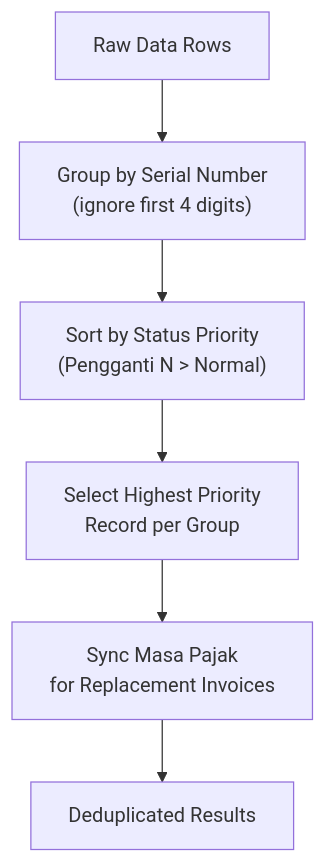
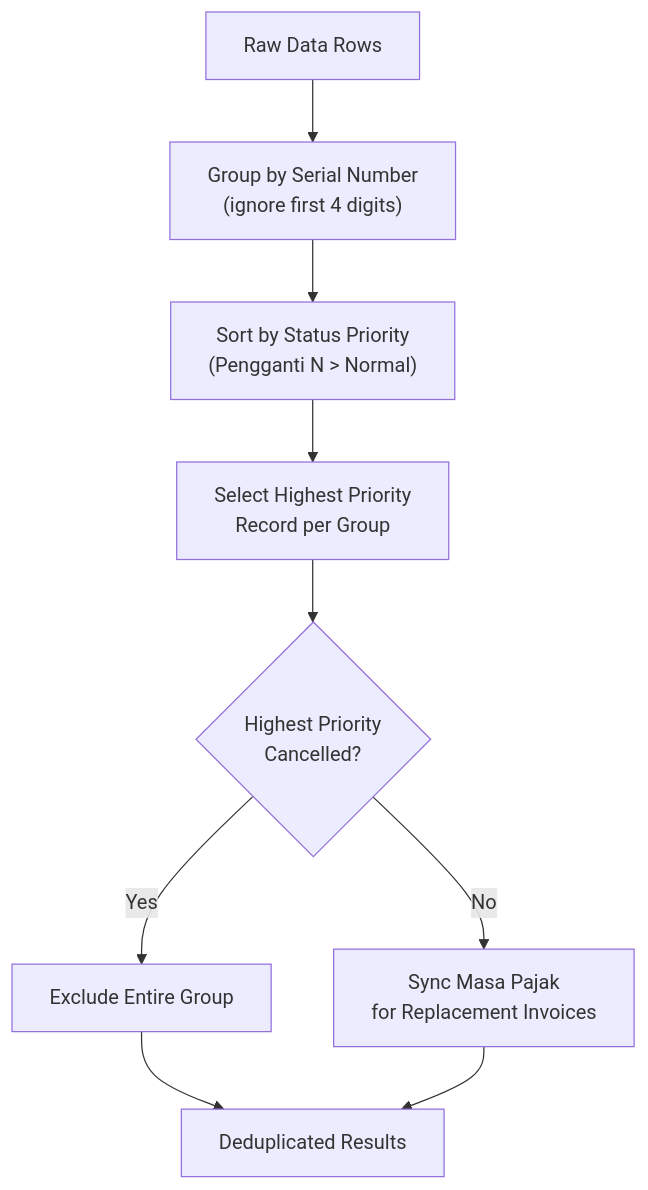
The sixth of 11 diagrams in .qoder/repowiki/en/content/VAT Management System/VAT Output (VAT OUT).md (rendisiagian/TDS_by_RENDISIAGIAN), drawn with Mermaid before and after one commit. The commit also changed other lines of this file and 38 other files, not shown here.

````diff
--- a/.qoder/repowiki/en/content/VAT Management System/VAT Output (VAT OUT).md
+++ b/.qoder/repowiki/en/content/VAT Management System/VAT Output (VAT OUT).md
@@ -247,8 +319,11 @@
 ```mermaid
 flowchart TD
 Input["Raw Data Rows"] --> Group["Group by Serial Number<br/>(ignore first 4 digits)"]
 Group --> Sort["Sort by Status Priority<br/>(Pengganti N > Normal)"]
 Sort --> Select["Select Highest Priority<br/>Record per Group"]
-Select --> Sync["Sync Masa Pajak<br/>for Replacement Invoices"]
-Sync --> Output["Deduplicated Results"]
+Select --> CheckCancel{"Highest Priority<br/>Cancelled?"}
+CheckCancel --> |Yes| Exclude["Exclude Entire Group"]
+CheckCancel --> |No| Sync["Sync Masa Pajak<br/>for Replacement Invoices"]
+Exclude --> Output["Deduplicated Results"]
+Sync --> Output
 ```
````
